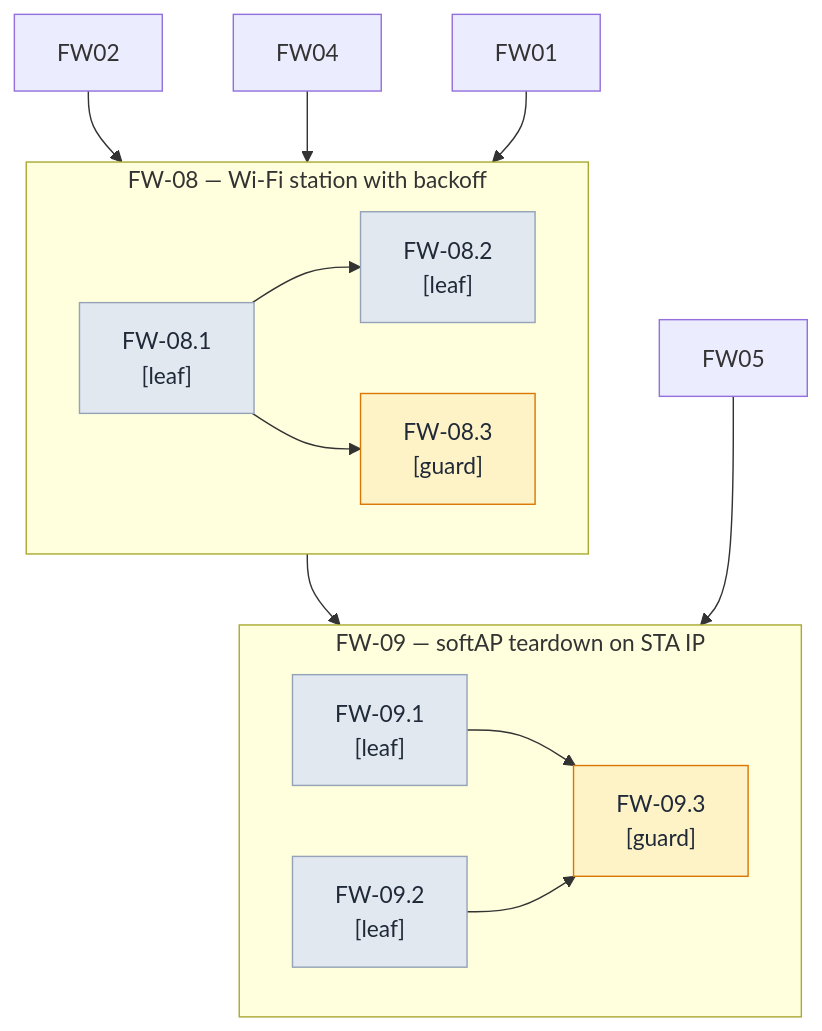
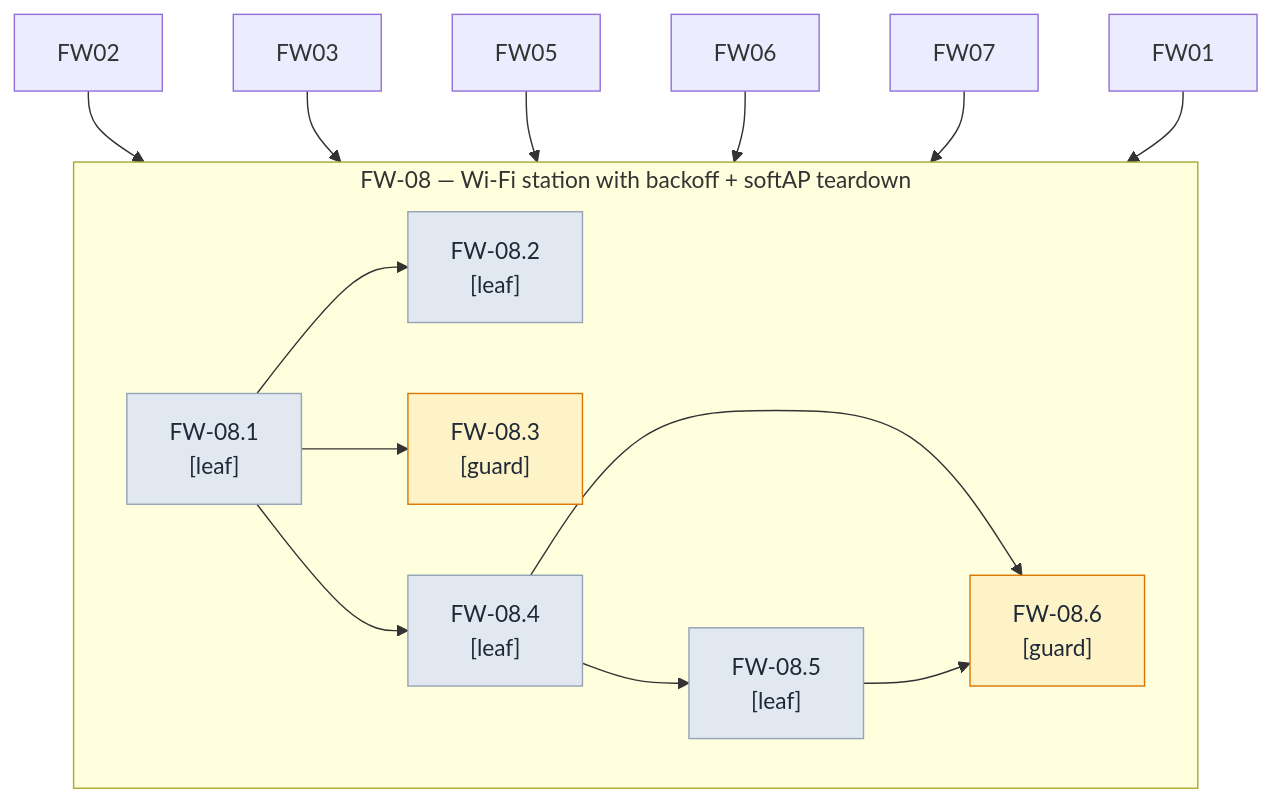
Before and after one commit to witsaba/esp32-cam-surveillance: the fourth of 8 diagrams in docs/firmware-milestones.md, drawn with Mermaid. The commit also changed other lines of this file, not shown here.

First line of the commit message:
docs(milestones): rescope task graph 23 -> 19 milestones per decomposition discipline

````diff
--- a/docs/firmware-milestones.md
+++ b/docs/firmware-milestones.md
@@ -617,33 +611,34 @@
 ```mermaid
 flowchart TB
-  subgraph FW08 ["FW-08 — Wi-Fi station with backoff"]
+  subgraph FW08 ["FW-08 — Wi-Fi station with backoff + softAP teardown"]
     FW08_1["FW-08.1<br/>[leaf]"]
     FW08_2["FW-08.2<br/>[leaf]"]
     FW08_3["FW-08.3<br/>[guard]"]
+    FW08_4["FW-08.4<br/>[leaf]"]
+    FW08_5["FW-08.5<br/>[leaf]"]
+    FW08_6["FW-08.6<br/>[guard]"]
     FW08_1 --> FW08_2
     FW08_1 --> FW08_3
-  end
-  subgraph FW09 ["FW-09 — softAP teardown on STA IP"]
-    FW09_1["FW-09.1<br/>[leaf]"]
-    FW09_2["FW-09.2<br/>[leaf]"]
-    FW09_3["FW-09.3<br/>[guard]"]
-    FW09_1 --> FW09_3
-    FW09_2 --> FW09_3
+    FW08_1 --> FW08_4
+    FW08_4 --> FW08_5
+    FW08_4 --> FW08_6
+    FW08_5 --> FW08_6
   end
   FW02 --> FW08
-  FW04 --> FW08
-  FW08 --> FW09
-  FW05 --> FW09
+  FW03 --> FW08
+  FW05 --> FW08
+  FW06 --> FW08
+  FW07 --> FW08
   FW01 --> FW08
   classDef leaf fill:#e2e8f0,stroke:#94a3b8,color:#1f2937
   classDef guard fill:#fef3c7,stroke:#d97706,color:#1f2937
   classDef decision fill:#ede9fe,stroke:#8b5cf6,color:#1f2937
   classDef mechanical fill:#f1f5f9,stroke:#cbd5e1,color:#1f2937
   classDef compound fill:#ccfbf1,stroke:#14b8a6,color:#1f2937
   class FW08_1 leaf
   class FW08_2 leaf
   class FW08_3 guard
-  class FW09_1 leaf
-  class FW09_2 leaf
-  class FW09_3 guard
+  class FW08_4 leaf
+  class FW08_5 leaf
+  class FW08_6 guard
 ```
````
